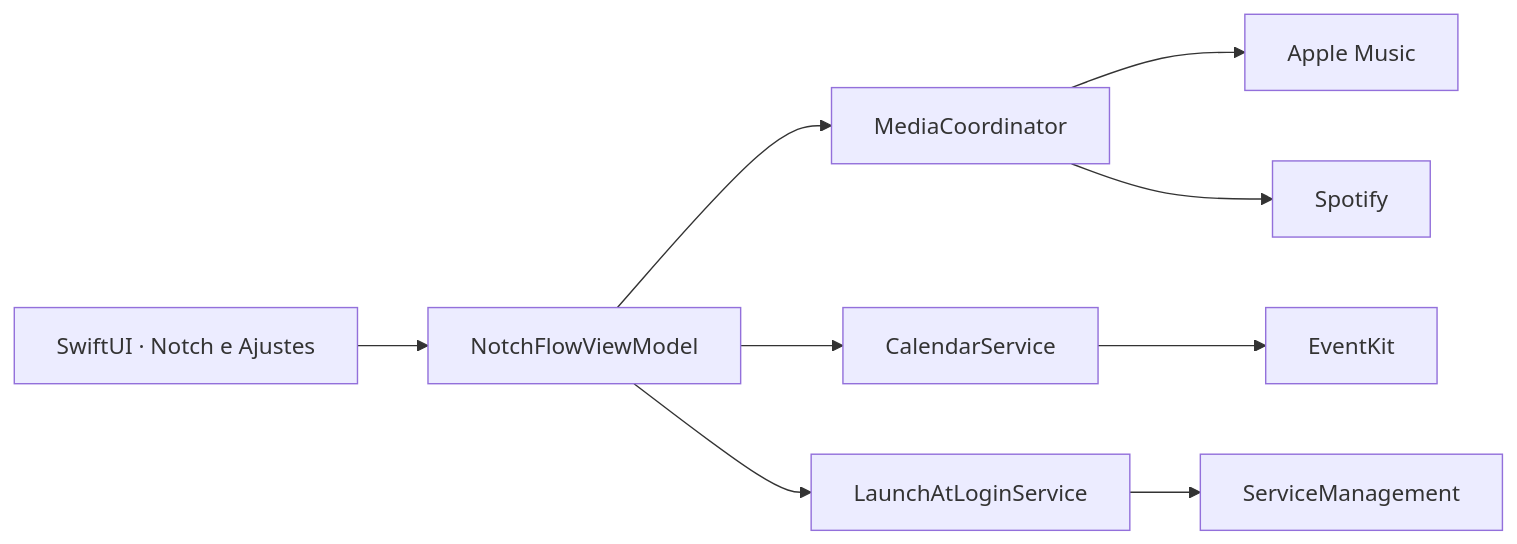
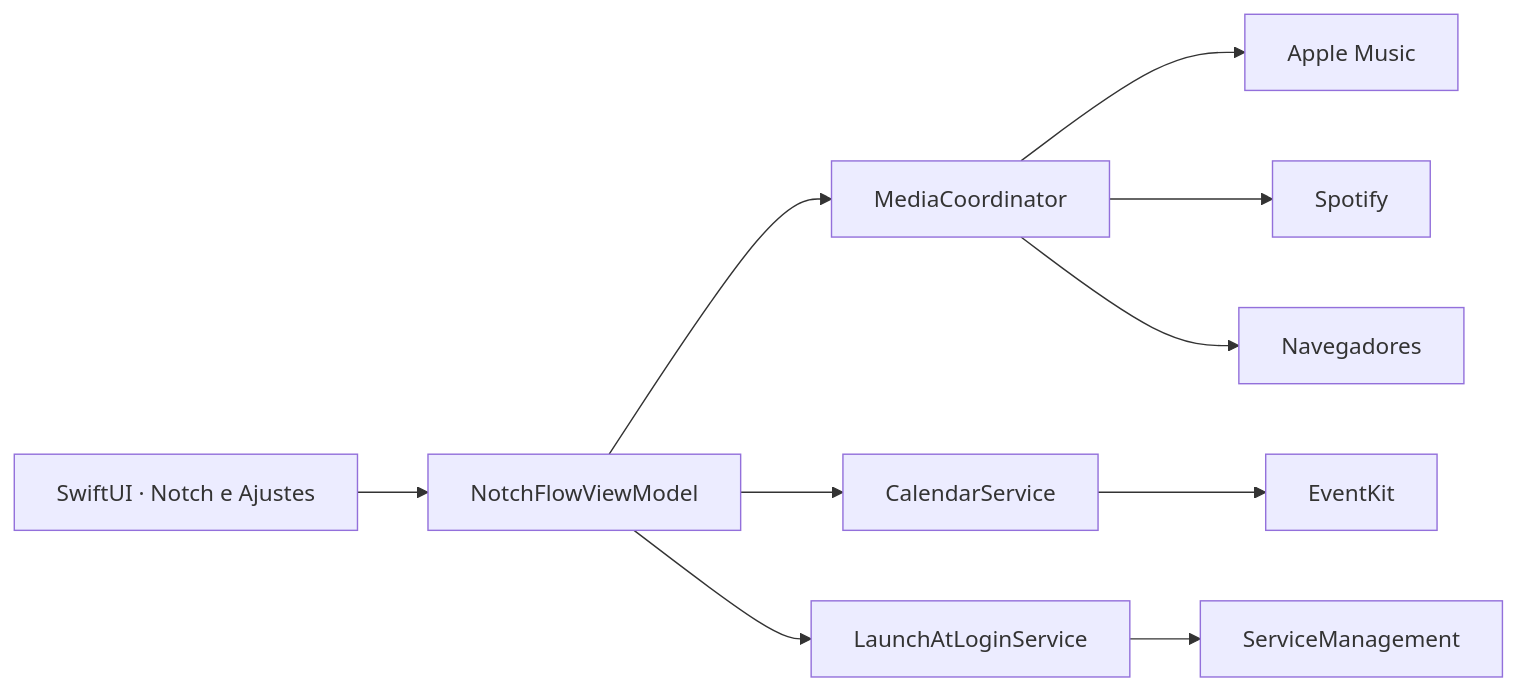
Before and after one commit to edusgouveia/NotchFlow-Win: the diagram in README.md, drawn with Mermaid. The commit also changed other lines of this file and 27 other files, not shown here.

````diff
--- a/README.md
+++ b/README.md
@@ -108,11 +117,12 @@
 ```mermaid
 flowchart LR
     UI["SwiftUI · Notch e Ajustes"] --> VM["NotchFlowViewModel"]
     VM --> MEDIA["MediaCoordinator"]
     VM --> CAL["CalendarService"]
     VM --> LOGIN["LaunchAtLoginService"]
     MEDIA --> MUSIC["Apple Music"]
     MEDIA --> SPOTIFY["Spotify"]
+    MEDIA --> BROWSER["Navegadores"]
     CAL --> EVENTKIT["EventKit"]
     LOGIN --> SM["ServiceManagement"]
 ```
````
